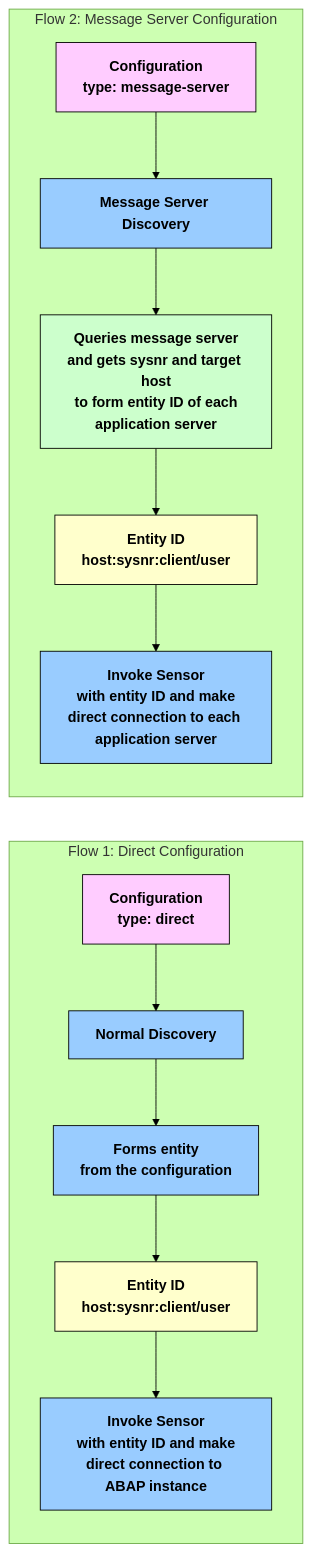
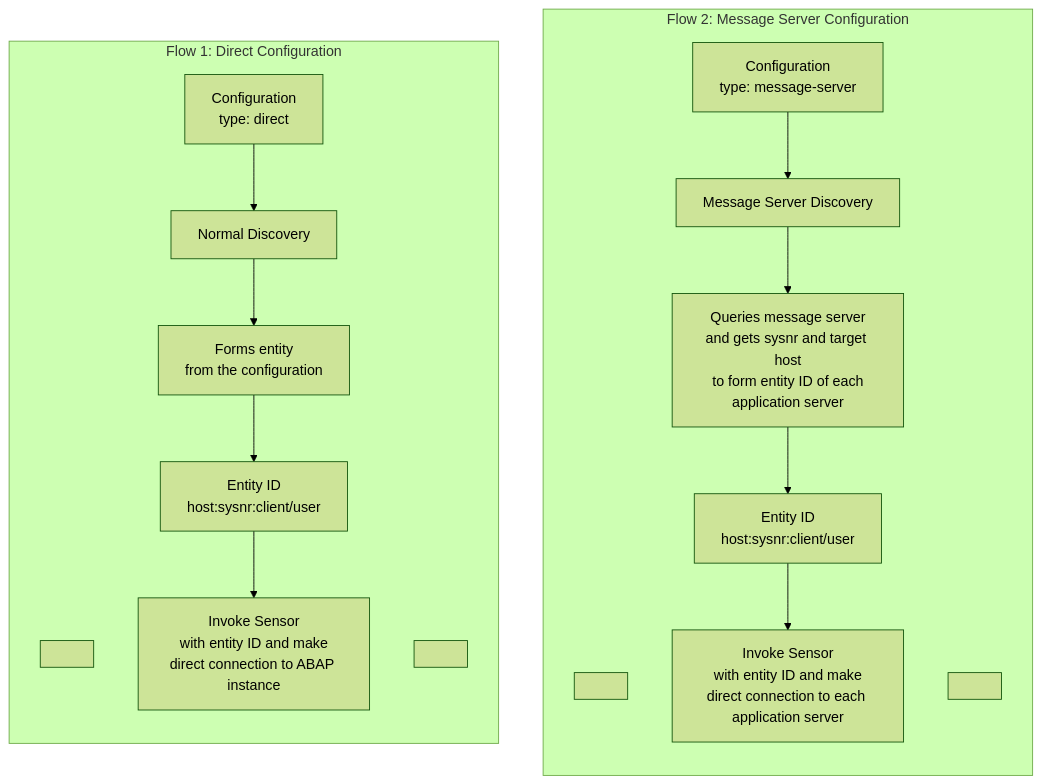
One commit to chinmayi714/crud changed the diagram in test.md. Above: the diagram before and after it, drawn with Mermaid (forest theme).

````diff
--- a/test.md
+++ b/test.md
@@ -3,42 +3,46 @@
 ```mermaid
 flowchart LR
-    subgraph Flow1["Flow 1: Direct Configuration"]
+    %% Flow 1
+    subgraph F1["Flow 1: Direct Configuration"]
+        direction TB
+        f1_space_top[" "]:::hidden
         f1_config["Configuration<br/>type: direct"]
         f1_discovery["Normal Discovery"]
         f1_entityForm["Forms entity<br/>from the configuration"]
         f1_entityId["Entity ID<br/>host:sysnr:client/user"]
         f1_sensor["Invoke Sensor<br/>with entity ID and make<br/>direct connection to ABAP instance"]
+        f1_space_bottom[" "]:::hidden
 
         f1_config --> f1_discovery
         f1_discovery --> f1_entityForm
         f1_entityForm --> f1_entityId
         f1_entityId --> f1_sensor
     end
 
-    subgraph Flow2["Flow 2: Message Server Configuration"]
+    %% Add space between subgraphs
+    F1 ~~~ F2
+
+    %% Flow 2
+    subgraph F2["Flow 2: Message Server Configuration"]
+        direction TB
+        f2_space_top[" "]:::hidden
         f2_config["Configuration<br/>type: message-server"]
         f2_msgDiscovery["Message Server Discovery"]
         f2_queries["Queries message server<br/>and gets sysnr and target host<br/>to form entity ID of each<br/>application server"]
         f2_entityId["Entity ID<br/>host:sysnr:client/user"]
         f2_sensor["Invoke Sensor<br/>with entity ID and make<br/>direct connection to each application server"]
+        f2_space_bottom[" "]:::hidden
 
         f2_config --> f2_msgDiscovery
         f2_msgDiscovery --> f2_queries
         f2_queries --> f2_entityId
         f2_entityId --> f2_sensor
     end
 
-    %% Custom Styles
+    %% Styles
     classDef pink fill:#ffccff,stroke:#000,color:#000,font-weight:bold;
-    classDef blue fill:#99ccff,stroke:#000,color:#000,font-weight:bold;
-    classDef green fill:#ccffcc,stroke:#000,color:#000,font-weight:bold;
-    classDef yellow fill:#ffffcc,stroke:#000,color:#000,font-weight:bold;
+    classDef blue fill:#99ccff,stroke:#000,color:
 
-    %% Assign styles
-    class f1_config,f2_config pink
-    class f1_discovery,f1_entityForm,f1_sensor,f2_msgDiscovery,f2_sensor blue
-    class f2_queries green
-    class f1_entityId,f2_entityId yellow
 
 
 ```
````
